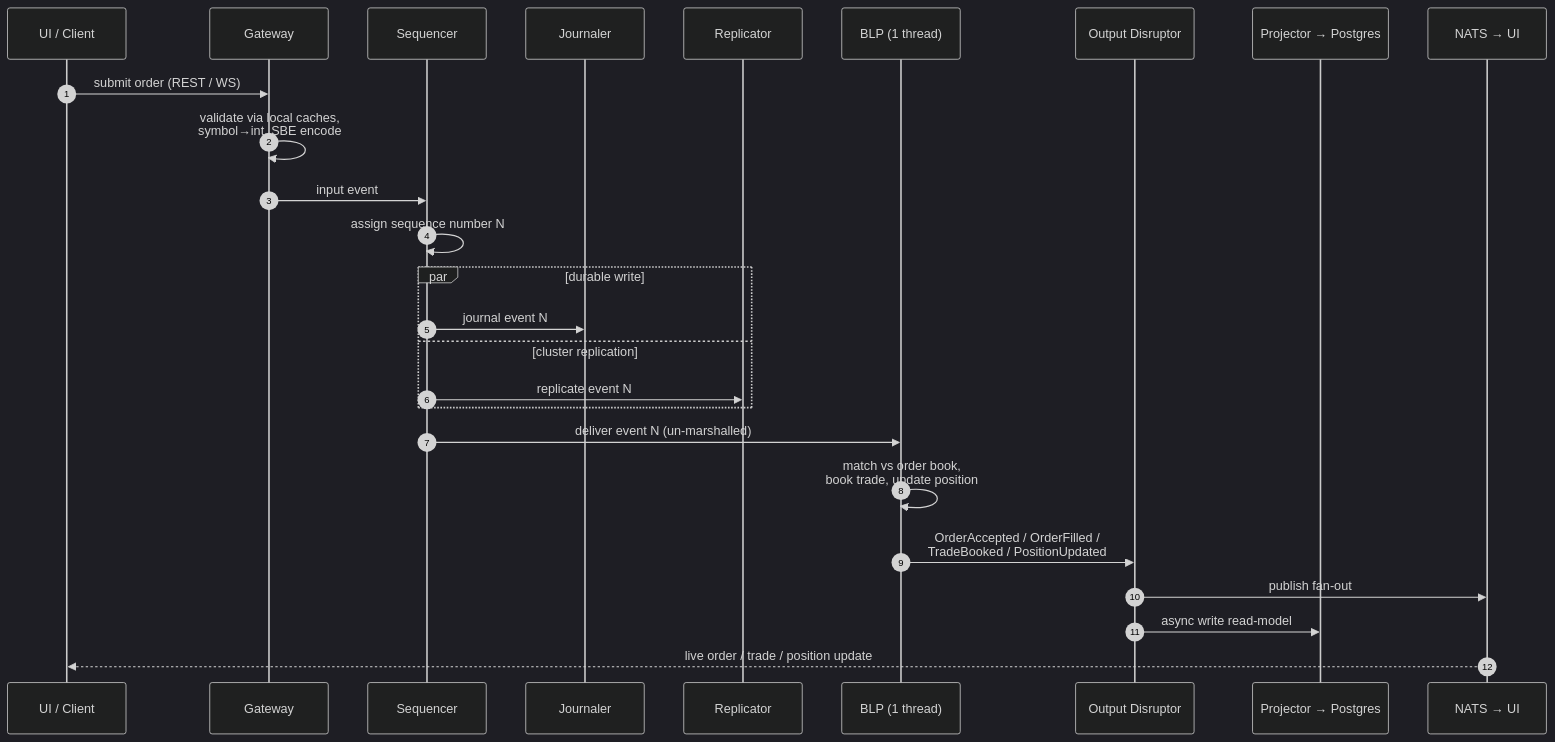
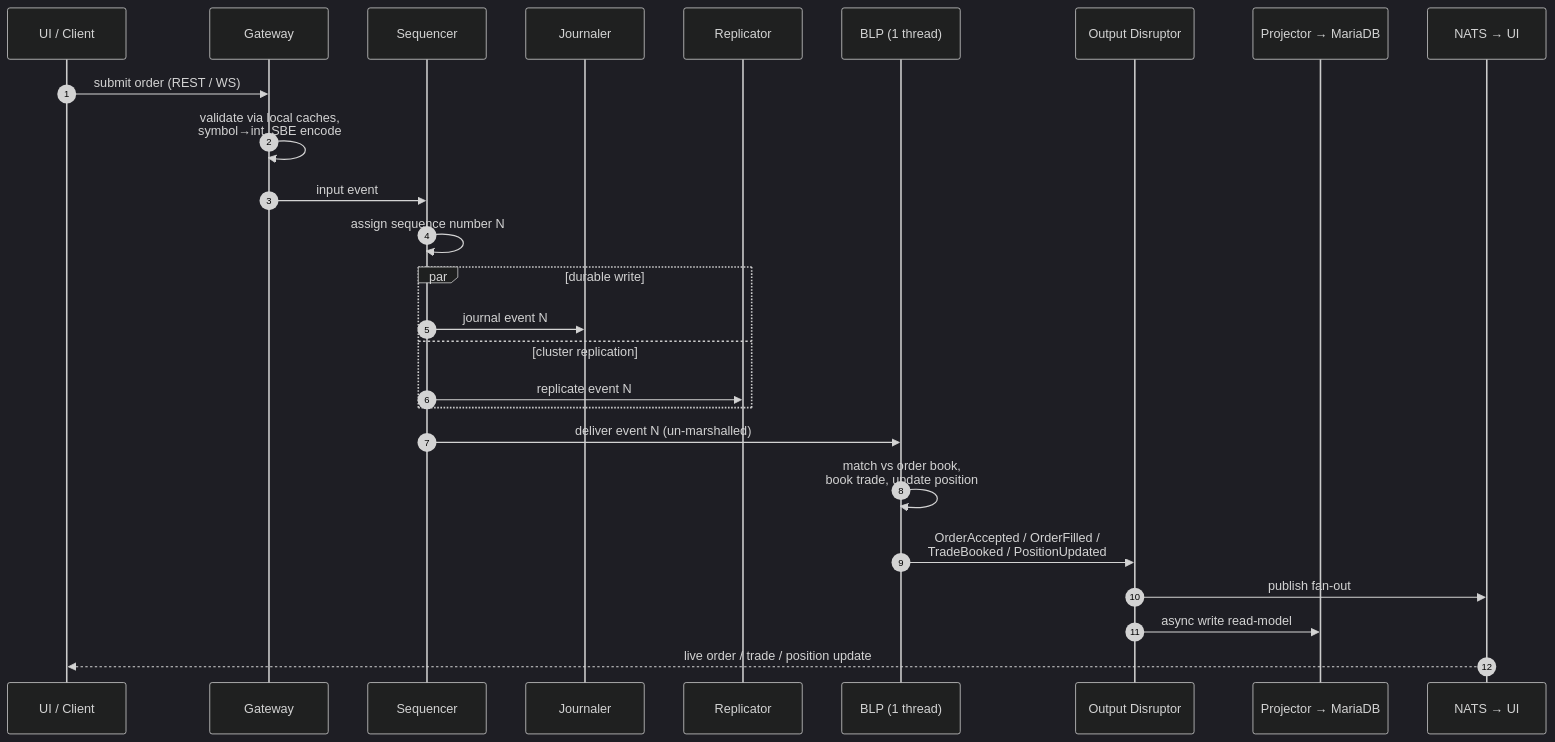
The fifth of 8 diagrams in LMAX-SEQUENCER-ARCHITECTURE.md (YU-CS-Summer-2026-Distributed-TraderX/traderX), drawn with Mermaid (dark theme) before and after one commit. The commit also changed other lines of this file and 16 other files, not shown here.

````diff
--- a/LMAX-SEQUENCER-ARCHITECTURE.md
+++ b/LMAX-SEQUENCER-ARCHITECTURE.md
@@ -252,29 +252,29 @@
 ```mermaid
 sequenceDiagram
   autonumber
   participant U as UI / Client
   participant G as Gateway
   participant S as Sequencer
   participant J as Journaler
   participant R as Replicator
   participant B as BLP (1 thread)
   participant O as Output Disruptor
-  participant P as Projector → Postgres
+  participant P as Projector → MariaDB
   participant N as NATS → UI
 
   U->>G: submit order (REST / WS)
   G->>G: validate via local caches,<br/>symbol→int, SBE encode
   G->>S: input event
   S->>S: assign sequence number N
   par durable write
     S->>J: journal event N
   and cluster replication
     S->>R: replicate event N
   end
   S->>B: deliver event N (un-marshalled)
   B->>B: match vs order book,<br/>book trade, update position
   B->>O: OrderAccepted / OrderFilled /<br/>TradeBooked / PositionUpdated
   O->>N: publish fan-out
   O->>P: async write read-model
   N-->>U: live order / trade / position update
 ```
````
